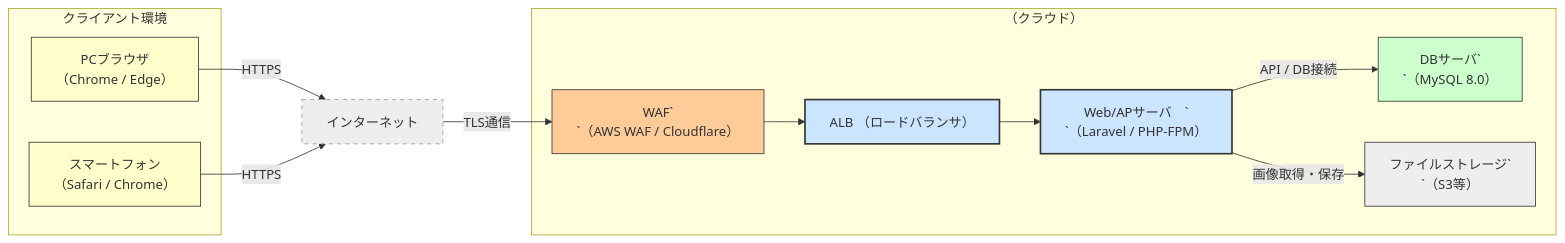
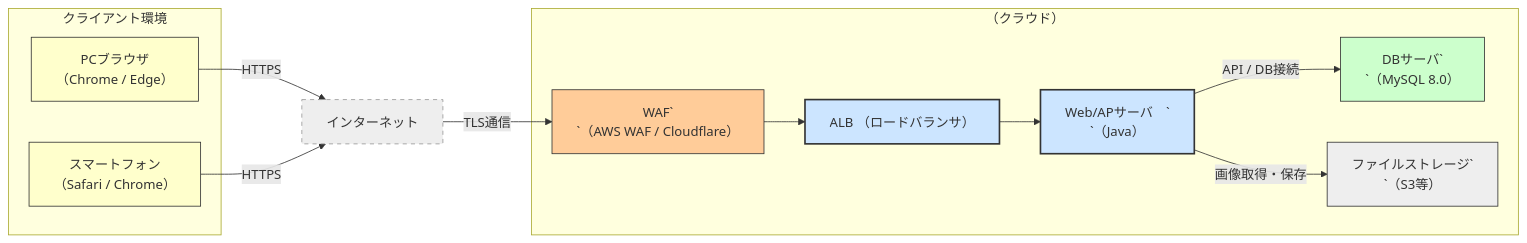
One commit to YUKlT0/Equipe changed the first of 11 diagrams in 基本設計/基本設計書.md. Above: the diagram before and after it, drawn with Mermaid. The commit also changed other lines of this file, not shown here.

```diff
--- a/基本設計/基本設計書.md
+++ b/基本設計/基本設計書.md
@@ -47,34 +47,34 @@
 <div class="mermaid">
 graph LR
   subgraph クライアント環境
     PC[PCブラウザ<br>（Chrome / Edge）]
     SP[スマートフォン<br>（Safari / Chrome）]
 
   end
 
 INTERNET[インターネット]
 
   subgraph AWS環境[（クラウド）]
     LB[ALB （ロードバランサ）]
-    WEB[Web/APサーバ　`<br>`（Laravel / PHP-FPM）]
+    WEB[Web/APサーバ　`<br>`（Java）]
     DB[DBサーバ`<br>`（MySQL 8.0）]
     FS[ファイルストレージ`<br>`（S3等）]
     WAF[WAF`<br>`（AWS WAF / Cloudflare）]
   end
 
   PC -->|HTTPS| INTERNET -->|TLS通信| WAF --> LB --> WEB
   SP -->|HTTPS| INTERNET
 
   WEB -->|API / DB接続| DB
   WEB -->|画像取得・保存| FS
 
   style PC fill:#ffffcc,stroke:#333,stroke-width:1px
   style SP fill:#ffffcc,stroke:#333,stroke-width:1px
   style INTERNET fill:#eee,stroke:#999,stroke-width:1px,stroke-dasharray: 5 5
   style WAF fill:#ffcc99,stroke:#333,stroke-width:1px
   style LB fill:#cce5ff,stroke:#333,stroke-width:2px
   style WEB fill:#cce5ff,stroke:#333,stroke-width:2px
   style DB fill:#ccffcc,stroke:#333,stroke-width:1px
   style FS fill:#eeeeee,stroke:#333,stroke-width:1px
 
 </div>
```
